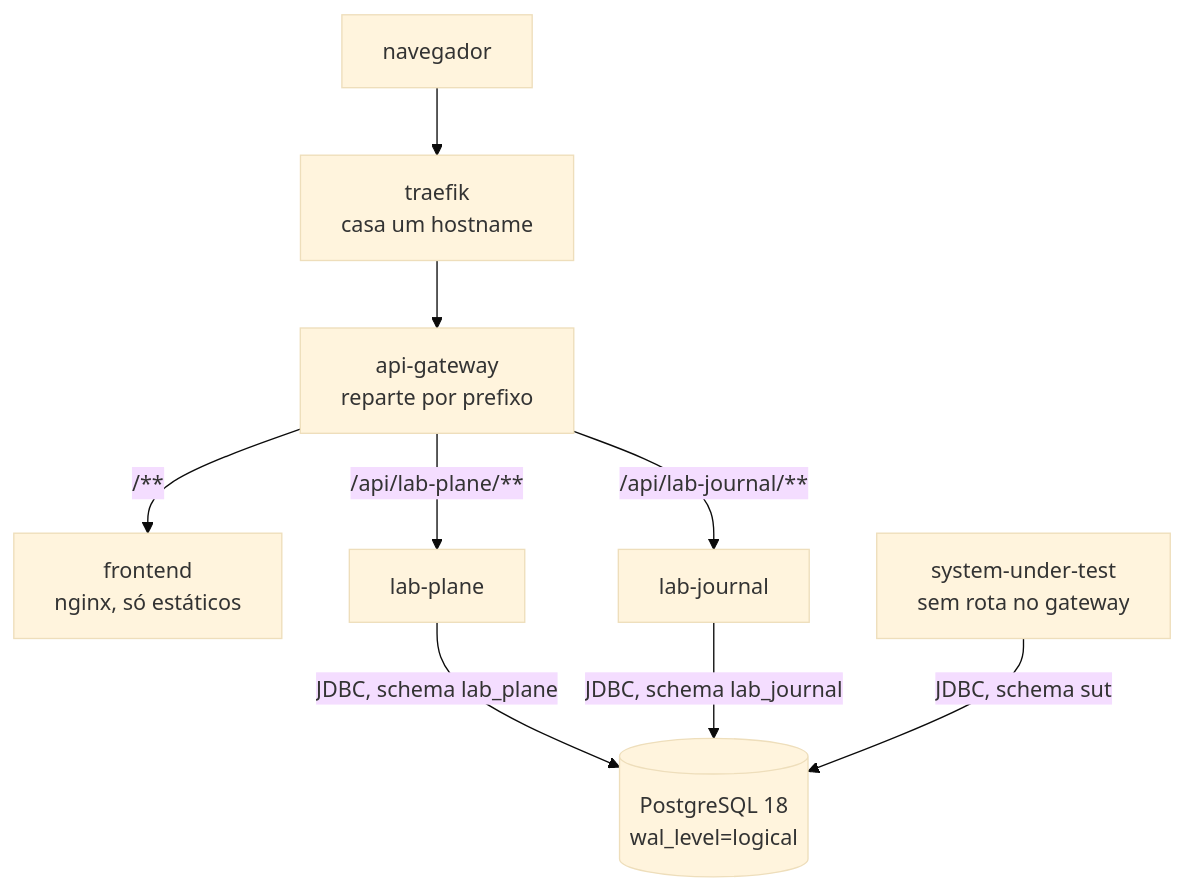
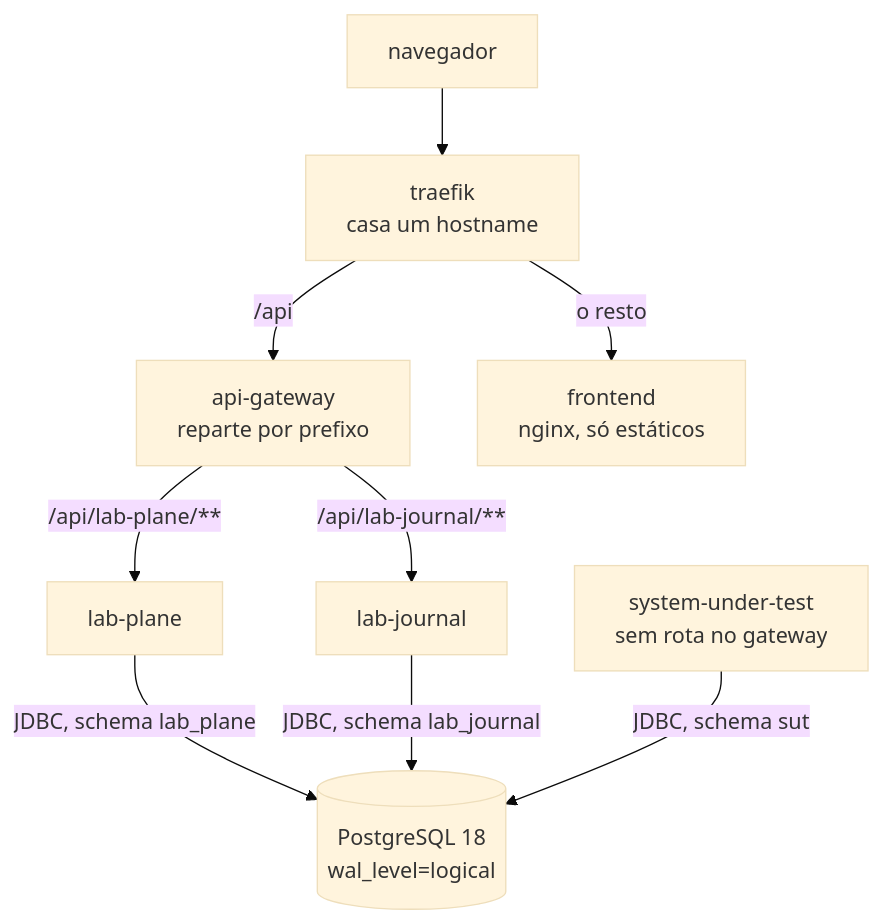
One commit to da0hn/distributed-systems-experiment-lab changed the diagram in docs/architecture/README.md. Above: the diagram before and after it, drawn with Mermaid (base theme). The commit also changed other lines of this file and 6 other files, not shown here.

````diff
--- a/docs/architecture/README.md
+++ b/docs/architecture/README.md
@@ -88,18 +90,19 @@
 ```mermaid
 flowchart TB
     B["navegador"]
     TR["traefik<br/>casa um hostname"]
     GW["api-gateway<br/>reparte por prefixo"]
     FE["frontend<br/>nginx, só estáticos"]
     LP["lab-plane"]
     LJ["lab-journal"]
     ST["system-under-test<br/>sem rota no gateway"]
     PG[("PostgreSQL 18<br/>wal_level=logical")]
-    B --> TR --> GW
-    GW -->|" /** "| FE
+    B --> TR
+    TR -->|" /api "| GW
+    TR -->|" o resto "| FE
     GW -->|" /api/lab-plane/** "| LP
     GW -->|" /api/lab-journal/** "| LJ
     LP -->|" JDBC, schema lab_plane "| PG
     LJ -->|" JDBC, schema lab_journal "| PG
     ST -->|" JDBC, schema sut "| PG
 ```
````
